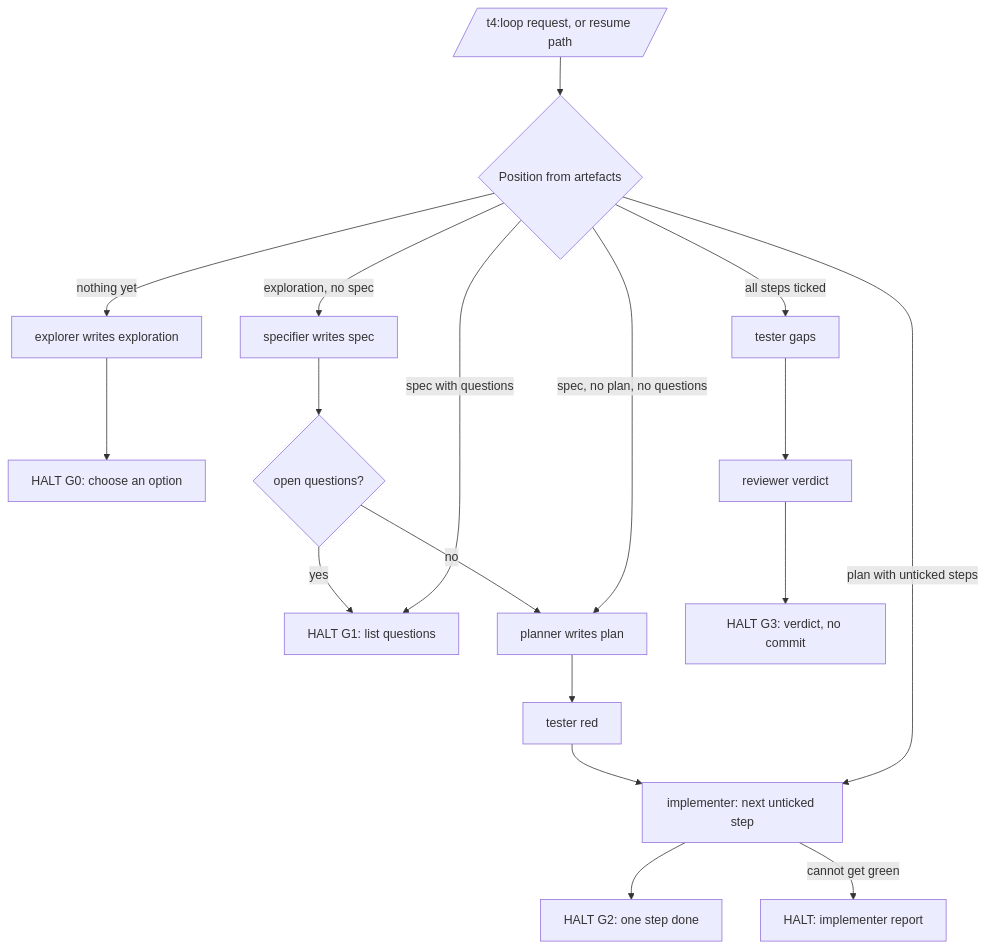
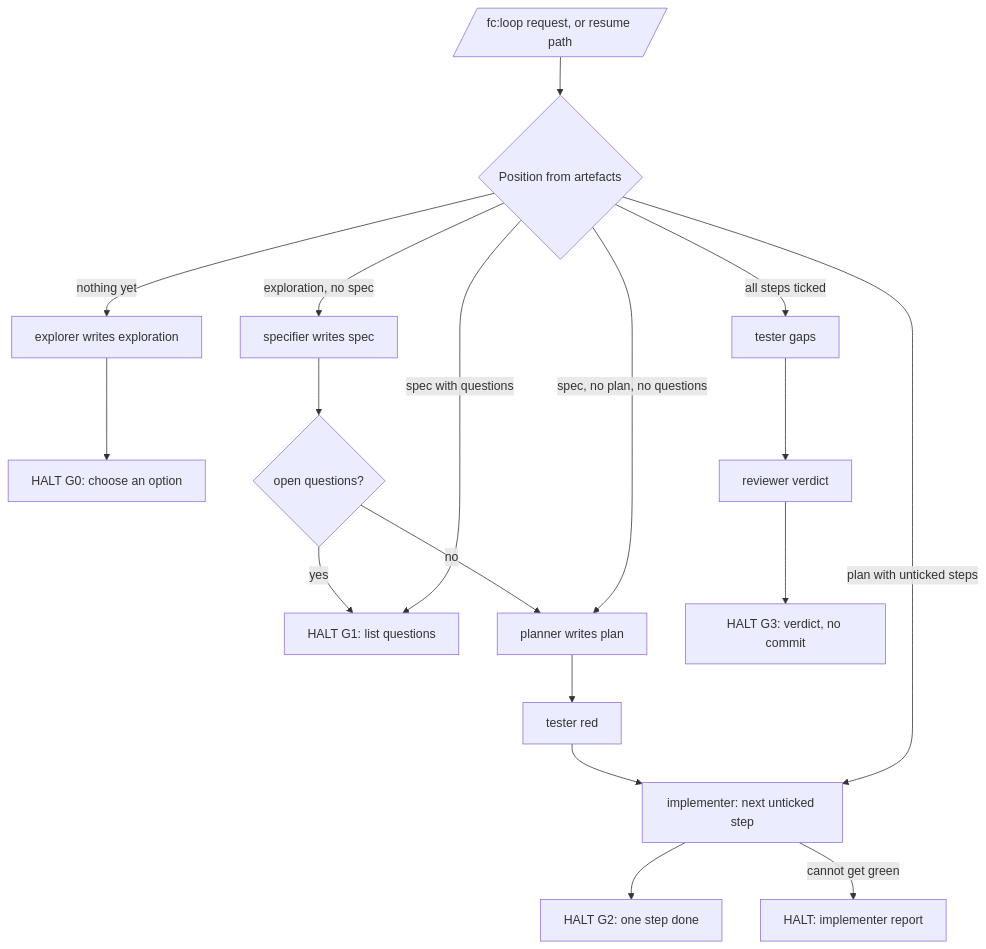
One commit to taninvova/ai-sdlc changed the first of 2 diagrams in ai-factory/analyses/0001-root-mode-step-agents-orchestrator-knowledge.md. Above: the diagram before and after it, drawn with Mermaid. The commit also changed other lines of this file and 329 other files, not shown here.

````diff
--- a/ai-factory/analyses/0001-root-mode-step-agents-orchestrator-knowledge.md
+++ b/ai-factory/analyses/0001-root-mode-step-agents-orchestrator-knowledge.md
@@ -496,20 +496,20 @@
 ```mermaid
 flowchart TD
-  A[/t4:loop request, or resume path/] --> P{Position from artefacts}
+  A[/fc:loop request, or resume path/] --> P{Position from artefacts}
   P -- nothing yet --> EX[explorer writes exploration]
   EX --> H0[HALT G0: choose an option]
   P -- exploration, no spec --> S[specifier writes spec]
   S --> G1{open questions?}
   G1 -- yes --> H1[HALT G1: list questions]
   G1 -- no --> PL[planner writes plan]
   P -- spec, no plan, no questions --> PL
   P -- spec with questions --> H1
   PL --> TR[tester red]
   TR --> ST[implementer: next unticked step]
   P -- plan with unticked steps --> ST
   ST --> H2[HALT G2: one step done]
   ST -- cannot get green --> HX[HALT: implementer report]
   P -- all steps ticked --> TG[tester gaps]
   TG --> CK[reviewer verdict]
   CK --> H3[HALT G3: verdict, no commit]
 ```
````
